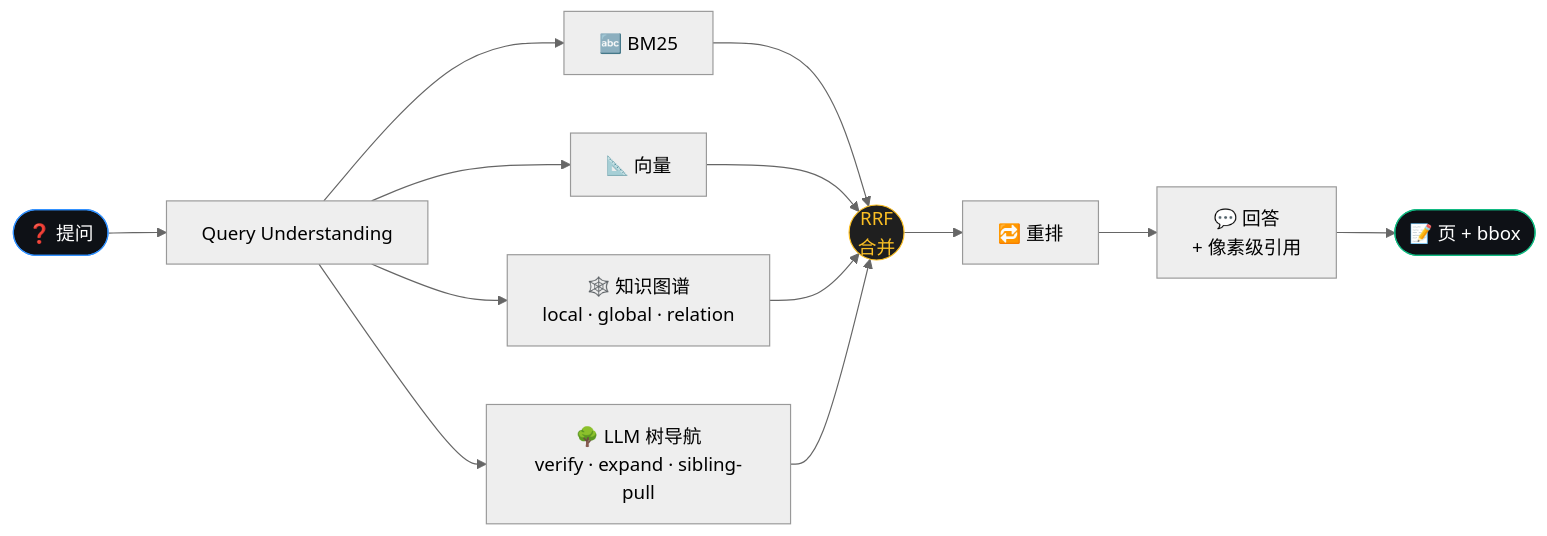
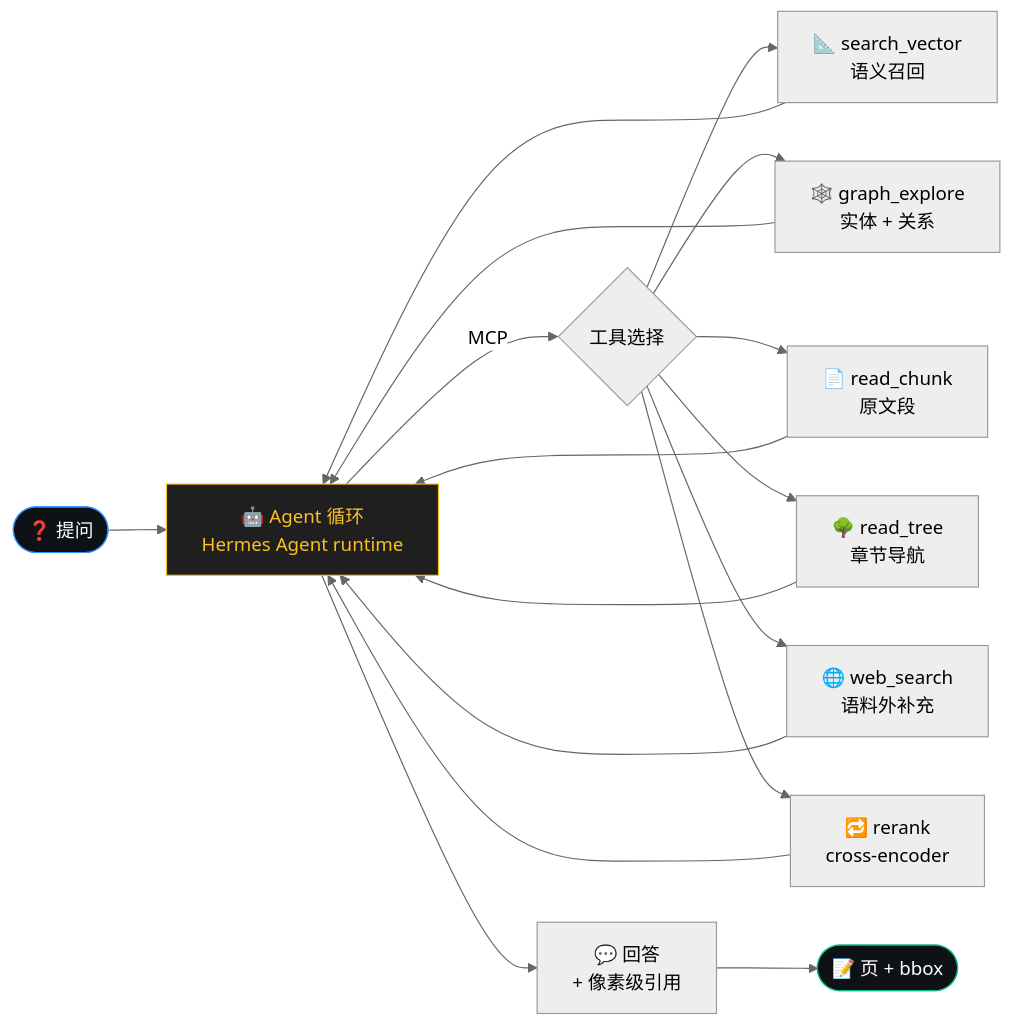
Before and after one commit to deeplethe/ForgeRAG: the first of 2 diagrams in README_CN.md, drawn with Mermaid (neutral theme). The commit also changed other lines of this file and 3 other files, not shown here.

````diff
--- a/README_CN.md
+++ b/README_CN.md
@@ -62,19 +77,23 @@
 ```mermaid
 flowchart LR
-    Q([❓ 提问]) --> QU[Query Understanding]
-    QU --> BM25[🔤 BM25]
-    QU --> VEC[📐 向量]
-    QU --> KG[🕸️ 知识图谱<br/>local · global · relation]
-    QU --> TREE[🌳 LLM 树导航<br/>verify · expand · sibling-pull]
-    BM25 --> M((RRF<br/>合并))
-    VEC --> M
-    KG --> M
-    TREE --> M
-    M --> RR[🔁 重排]
-    RR --> ANS[💬 回答<br/>+ 像素级引用]
+    Q([❓ 提问]) --> AGENT[🤖 Agent 循环<br/>Hermes Agent runtime]
+    AGENT -->|MCP| TOOLS{工具选择}
+    TOOLS --> VEC[📐 search_vector<br/>语义召回]
+    TOOLS --> KG[🕸️ graph_explore<br/>实体 + 关系]
+    TOOLS --> CHUNK[📄 read_chunk<br/>原文段]
+    TOOLS --> TREE[🌳 read_tree<br/>章节导航]
+    TOOLS --> WEB[🌐 web_search<br/>语料外补充]
+    TOOLS --> RR[🔁 rerank<br/>cross-encoder]
+    VEC --> AGENT
+    KG --> AGENT
+    CHUNK --> AGENT
+    TREE --> AGENT
+    WEB --> AGENT
+    RR --> AGENT
+    AGENT --> ANS[💬 回答<br/>+ 像素级引用]
     ANS --> A([📝 页 + bbox])
 
     style Q fill:#0e1116,stroke:#3291ff,color:#fff
     style A fill:#0e1116,stroke:#10b981,color:#fff
-    style M fill:#1f1f1f,stroke:#fbbf24,color:#fbbf24
+    style AGENT fill:#1f1f1f,stroke:#fbbf24,color:#fbbf24
 ```
````
